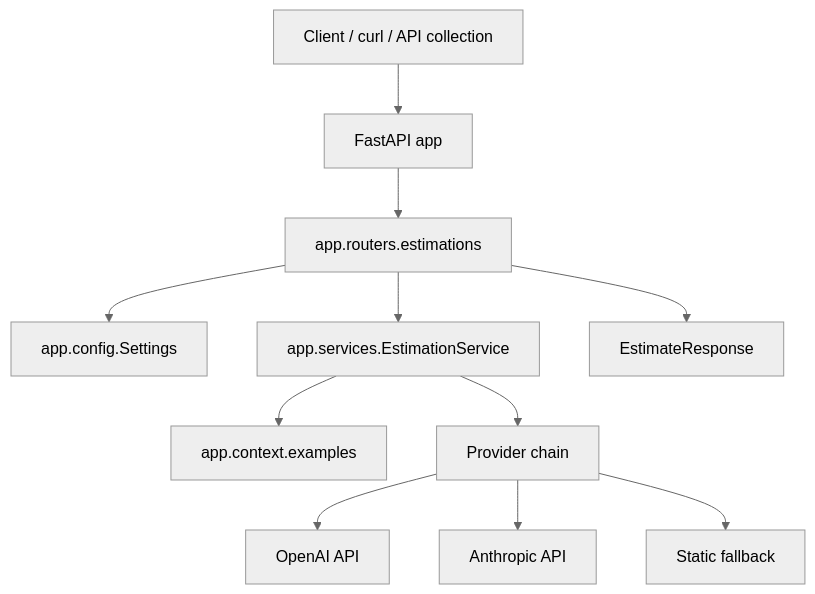
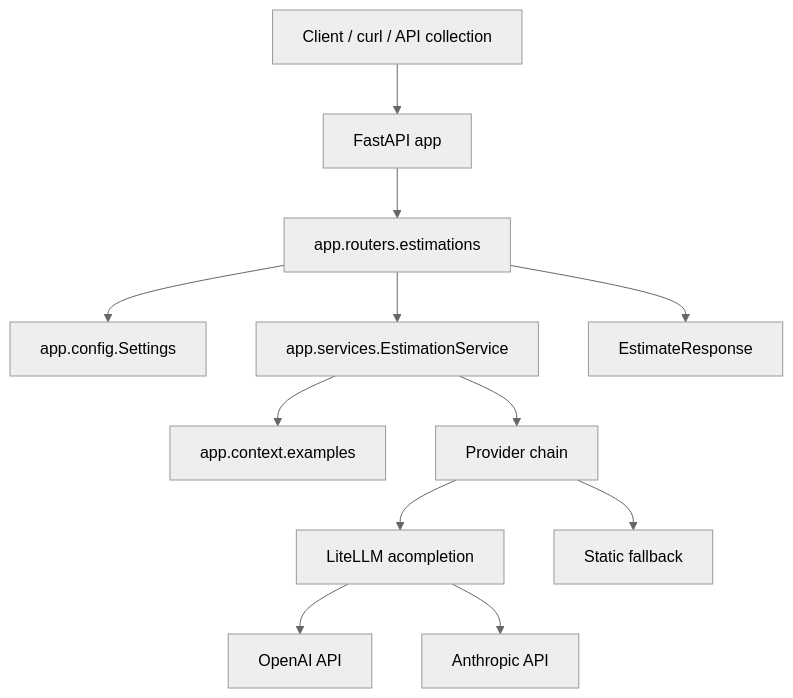
The first of 2 diagrams in proyectos/estimador-cag/docs/technical/README.md (povedica/master-ia-lidr), drawn with Mermaid (neutral theme) before and after one commit. The commit also changed other lines of this file and 2 other files, not shown here.

Commit message:
docs(estimador-cag): document LiteLLM gateway and feature-006 log

````diff
--- a/proyectos/estimador-cag/docs/technical/README.md
+++ b/proyectos/estimador-cag/docs/technical/README.md
@@ -283,13 +288,14 @@
 ```mermaid
 flowchart TD
     Client[Client / curl / API collection] --> FastAPI[FastAPI app]
     FastAPI --> Router[app.routers.estimations]
     Router --> Settings[app.config.Settings]
     Router --> Service[app.services.EstimationService]
     Service --> Examples[app.context.examples]
     Service --> Chain[Provider chain]
-    Chain --> OpenAI[OpenAI API]
-    Chain --> Anthropic[Anthropic API]
+    Chain --> LiteLLMGateway[LiteLLM acompletion]
+    LiteLLMGateway --> OpenAI[OpenAI API]
+    LiteLLMGateway --> Anthropic[Anthropic API]
     Chain --> StaticFallback[Static fallback]
     Router --> Response[EstimateResponse]
 ```
````
